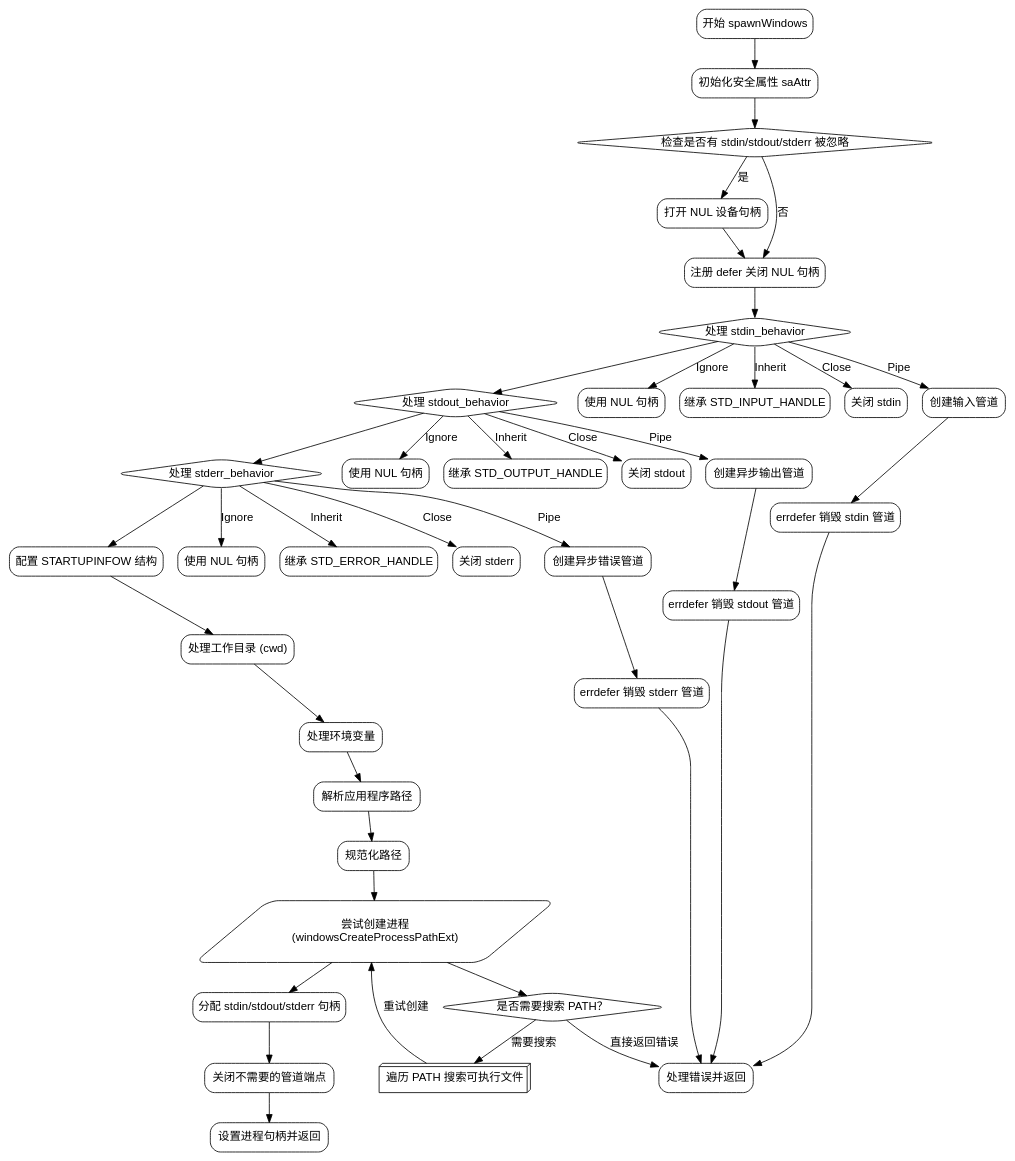
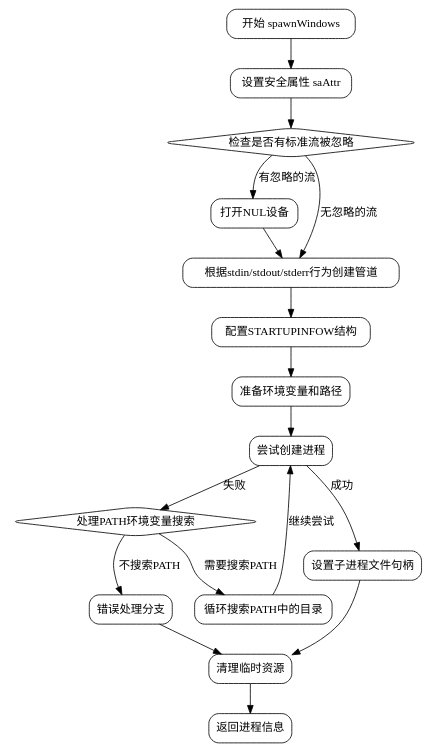
The diagram in dot_std/process/Child.zig.spawnWindows.md (sdzx-1/deepseek-zig-reader), drawn with Graphviz before and after one commit. The commit also changed other lines of this file and 236 other files, not shown here.

Commit message:
update dot_std

````diff
--- a/dot_std/process/Child.zig.spawnWindows.md
+++ b/dot_std/process/Child.zig.spawnWindows.md
@@ -13,105 +19,37 @@
-```dot
-digraph flowchart {
-    rankdir=TB;
-    node [shape=rectangle, style="rounded", fontname="Arial"];
-    edge [fontname="Arial"];
+```graphviz
+digraph spawnWindowsFlow {
+    node [shape=rectangle, style=rounded];
 
-    // 初始化部分
     start [label="开始 spawnWindows"];
-    init_saAttr [label="初始化安全属性 saAttr"];
-    check_any_ignore [label="检查是否有 stdin/stdout/stderr 被忽略", shape=diamond];
-    open_nul_handle [label="打开 NUL 设备句柄"];
-    defer_close_nul [label="注册 defer 关闭 NUL 句柄"];
+    security_attr [label="设置安全属性 saAttr"];
+    check_ignore [label="检查是否有标准流被忽略", shape=diamond];
+    open_nul [label="打开NUL设备"];
+    create_pipes [label="根据stdin/stdout/stderr行为创建管道"];
+    setup_startinfo [label="配置STARTUPINFOW结构"];
+    prepare_env [label="准备环境变量和路径"];
+    create_process [label="尝试创建进程"];
+    handle_path_search [label="处理PATH环境变量搜索", shape=diamond];
+    path_search_loop [label="循环搜索PATH中的目录"];
+    set_file_handles [label="设置子进程文件句柄"];
+    cleanup_resources [label="清理临时资源"];
+    error_handling [label="错误处理分支"];
+    end [label="返回进程信息"];
 
-    // 标准输入处理
-    stdin_switch [label="处理 stdin_behavior", shape=diamond];
-    stdin_pipe [label="创建输入管道"];
-    stdin_ignore [label="使用 NUL 句柄"];
-    stdin_inherit [label="继承 STD_INPUT_HANDLE"];
-    stdin_close [label="关闭 stdin"];
-
-    // 标准输出处理
-    stdout_switch [label="处理 stdout_behavior", shape=diamond];
-    stdout_pipe [label="创建异步输出管道"];
-    stdout_ignore [label="使用 NUL 句柄"];
-    stdout_inherit [label="继承 STD_OUTPUT_HANDLE"];
-    stdout_close [label="关闭 stdout"];
-
-    // 标准错误处理
-    stderr_switch [label="处理 stderr_behavior", shape=diamond];
-    stderr_pipe [label="创建异步错误管道"];
-    stderr_ignore [label="使用 NUL 句柄"];
-    stderr_inherit [label="继承 STD_ERROR_HANDLE"];
-    stderr_close [label="关闭 stderr"];
-
-    // 配置启动信息
-    setup_siStartInfo [label="配置 STARTUPINFOW 结构"];
-    handle_cwd [label="处理工作目录 (cwd)"];
-    handle_env [label="处理环境变量"];
-    resolve_app_path [label="解析应用程序路径"];
-    normalize_path [label="规范化路径"];
-
-    // 创建进程
-    try_create_process [label="尝试创建进程\n(windowsCreateProcessPathExt)", shape=parallelogram];
-    check_path_search [label="是否需要搜索 PATH？", shape=diamond];
-    search_path_loop [label="遍历 PATH 搜索可执行文件", shape=box3d];
-    handle_errors [label="处理错误并返回"];
-
-    // 后处理
-    assign_handles [label="分配 stdin/stdout/stderr 句柄"];
-    cleanup_pipes [label="关闭不需要的管道端点"];
-    end [label="设置进程句柄并返回"];
-
-    // 错误处理节点
-    errdefer_stdin [label="errdefer 销毁 stdin 管道"];
-    errdefer_stdout [label="errdefer 销毁 stdout 管道"];
-    errdefer_stderr [label="errdefer 销毁 stderr 管道"];
-
-    // 连接节点
-    start -> init_saAttr -> check_any_ignore;
-    check_any_ignore -> open_nul_handle [label="是"];
-    check_any_ignore -> defer_close_nul [label="否"];
-    open_nul_handle -> defer_close_nul;
-
-    // 标准输入分支
-    defer_close_nul -> stdin_switch;
-    stdin_switch -> stdin_pipe [label="Pipe"];
-    stdin_switch -> stdin_ignore [label="Ignore"];
-    stdin_switch -> stdin_inherit [label="Inherit"];
-    stdin_switch -> stdin_close [label="Close"];
-    stdin_pipe -> errdefer_stdin;
-
-    // 标准输出分支
-    stdin_switch -> stdout_switch;
-    stdout_switch -> stdout_pipe [label="Pipe"];
-    stdout_switch -> stdout_ignore [label="Ignore"];
-    stdout_switch -> stdout_inherit [label="Inherit"];
-    stdout_switch -> stdout_close [label="Close"];
-    stdout_pipe -> errdefer_stdout;
-
-    // 标准错误分支
-    stdout_switch -> stderr_switch;
-    stderr_switch -> stderr_pipe [label="Pipe"];
-    stderr_switch -> stderr_ignore [label="Ignore"];
-    stderr_switch -> stderr_inherit [label="Inherit"];
-    stderr_switch -> stderr_close [label="Close"];
-    stderr_pipe -> errdefer_stderr;
-
-    // 配置信息
-    stderr_switch -> setup_siStartInfo -> handle_cwd -> handle_env -> resolve_app_path -> normalize_path;
-
-    // 进程创建逻辑
-    normalize_path -> try_create_process -> check_path_search;
-    check_path_search -> search_path_loop [label="需要搜索"];
-    search_path_loop -> try_create_process [label="重试创建"];
-    check_path_search -> handle_errors [label="直接返回错误"];
-
-    // 最终处理
-    try_create_process -> assign_handles -> cleanup_pipes -> end;
-    
-    // 错误处理连接
-    errdefer_stdin -> handle_errors;
-    errdefer_stdout -> handle_errors;
-    errdefer_stderr -> handle_errors;
+    start -> security_attr;
+    security_attr -> check_ignore;
+    check_ignore -> open_nul [label="有忽略的流"];
+    check_ignore -> create_pipes [label="无忽略的流"];
+    open_nul -> create_pipes;
+    create_pipes -> setup_startinfo;
+    setup_startinfo -> prepare_env;
+    prepare_env -> create_process;
+    create_process -> handle_path_search [label="失败"];
+    handle_path_search -> path_search_loop [label="需要搜索PATH"];
+    path_search_loop -> create_process [label="继续尝试"];
+    handle_path_search -> error_handling [label="不搜索PATH"];
+    create_process -> set_file_handles [label="成功"];
+    set_file_handles -> cleanup_resources;
+    cleanup_resources -> end;
+    error_handling -> cleanup_resources;
 }
 ```
````
